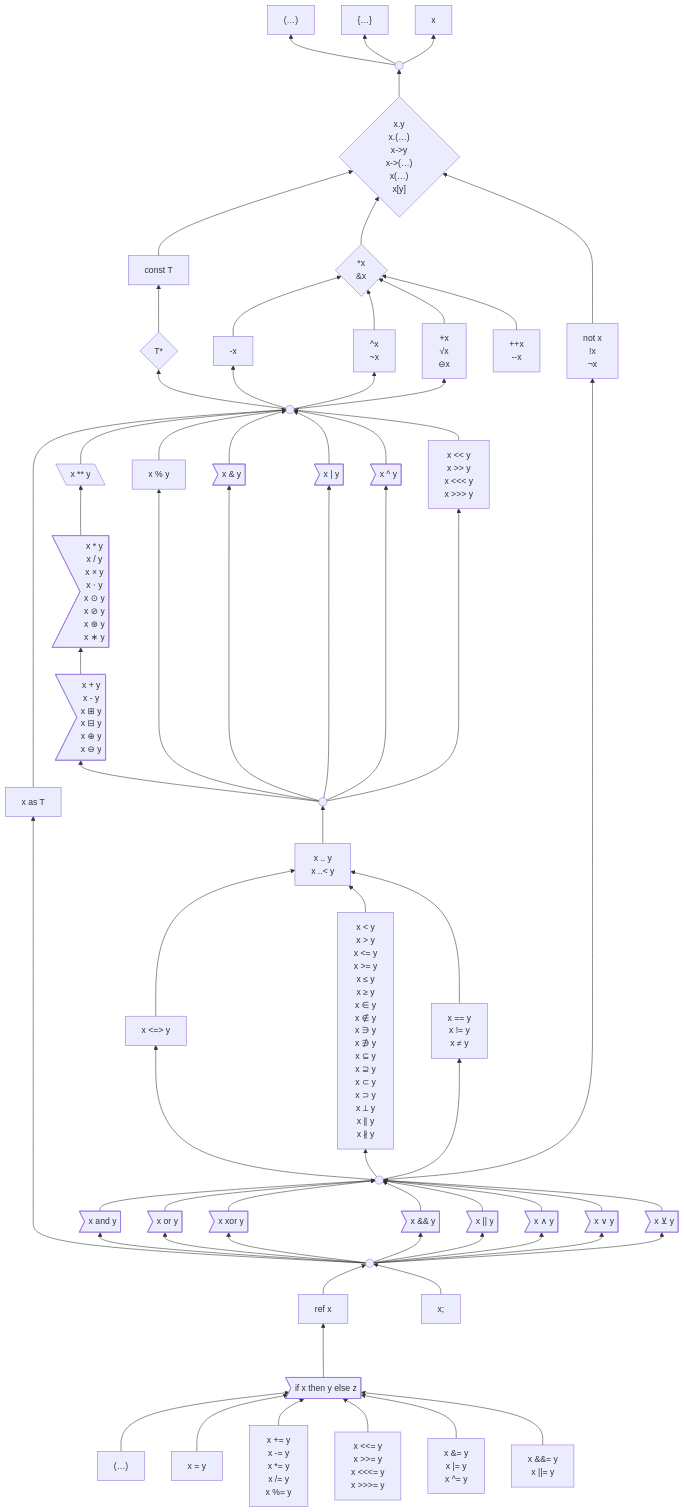
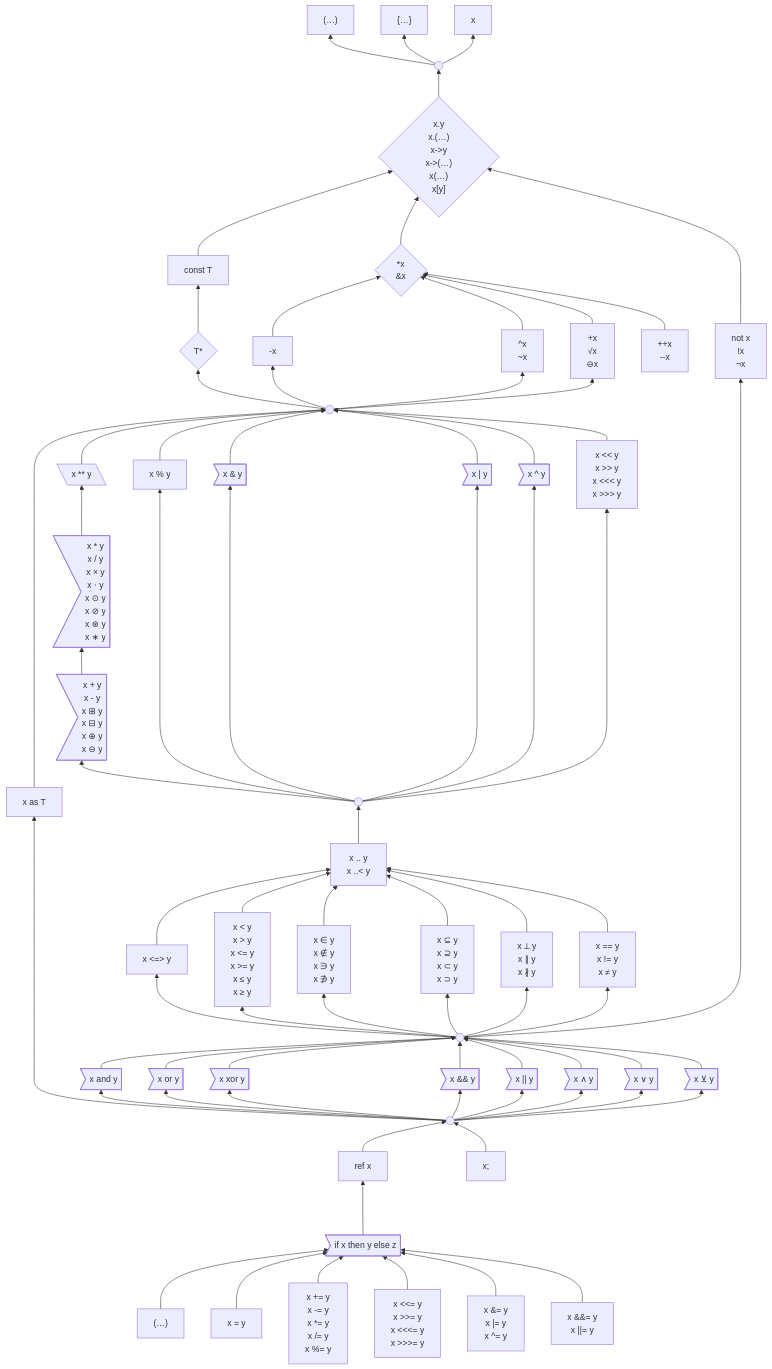
Before and after one commit to laro/Cilia: the first of 2 diagrams in 6 .../2 Unfinished Ideas.md, drawn with Mermaid.

Commit message:
Update 2 Unfinished Ideas.md

```diff
--- a/6 .../2 Unfinished Ideas.md
+++ b/6 .../2 Unfinished Ideas.md
@@ -240,18 +240,21 @@
                 x <= y
                 x >= y
                 x ≤ y
-                x ≥ y
-                x ∈ y
+                x ≥ y"]
+
+    membership["x ∈ y
                 x ∉ y
                 x ∋ y
-                x ∌ y
-                x ⊆ y
-                x ⊇ y
-                x ⊂ y
-                x ⊃ y
-                x ⟂ y
-                x ∥ y
-                x ∦ y"]
+                x ∌ y"]
+
+    subset["x ⊆ y
+            x ⊇ y
+            x ⊂ y
+            x ⊃ y"]
+
+    parallel["x ⟂ y
+              x ∥ y
+              x ∦ y"]
 
     equality["x == y
               x != y
@@ -333,8 +336,8 @@
     %% Ranges bind looser than arithmetic/bitwise, tighter than the relational operators
     range --> binaryOps
 
-    threeWay & comparison & equality --> range
-    logicalOperand --> threeWay & comparison & equality & not
+    threeWay & comparison & membership & subset & parallel & equality --> range
+    logicalOperand --> threeWay & comparison & membership & subset & parallel & equality & not
 
     %% This helps group the logical operators together
     classDef hidden display: none;
```
